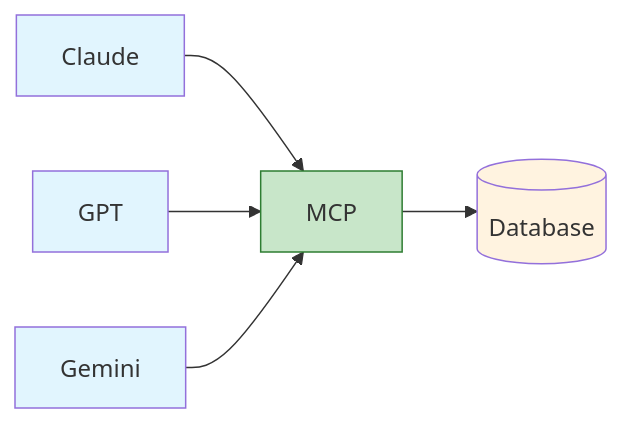
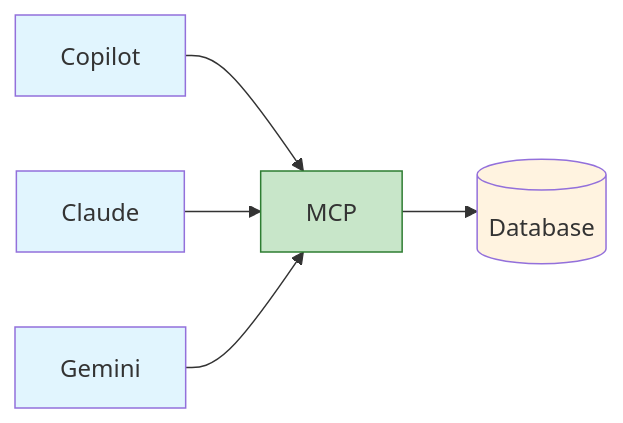
Before and after one commit to delegateas/agentic-swe-workshops: the diagram in images/mcp-solution.mmd, drawn with Mermaid. The commit also changed 3 other files, not shown here.

First line of the commit message:
docs: rename GPT to Copilot in MCP diagrams

```diff
--- a/images/mcp-solution.mmd
+++ b/images/mcp-solution.mmd
@@ -1,9 +1,9 @@
 flowchart LR
+    Copilot:::llm --> MCP
     Claude:::llm --> MCP:::green
-    GPT:::llm --> MCP
     Gemini:::llm --> MCP
     MCP --> DB[(Database)]:::db
 
     classDef llm fill:#e1f5fe
     classDef green fill:#c8e6c9,stroke:#2e7d32
     classDef db fill:#fff3e0
```
